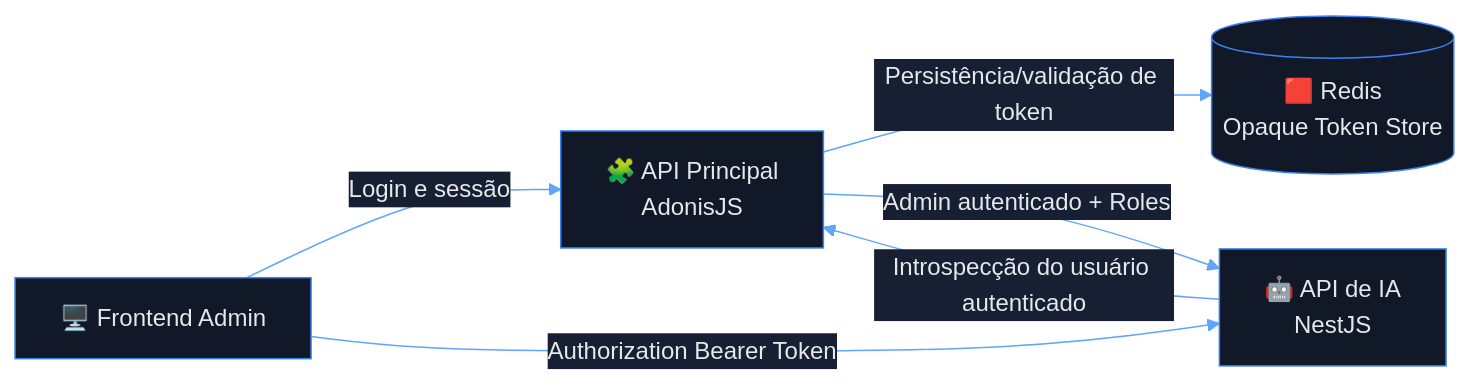
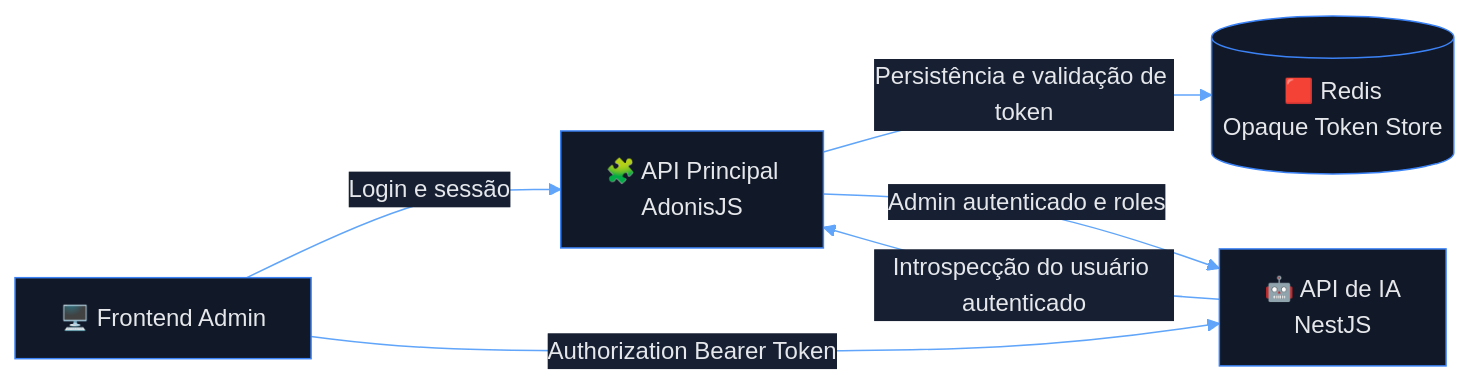
Before and after one commit to matheusdiamantino-betalent/IA: the first of 6 diagrams in RFC-0001-Auth.md, drawn with Mermaid. The commit also changed other lines of this file, not shown here.

````diff
--- a/RFC-0001-Auth.md
+++ b/RFC-0001-Auth.md
@@ -194,28 +196,28 @@
 ```mermaid
 %%{init: {
   "theme": "base",
   "themeVariables": {
     "background": "#0b1020",
     "primaryColor": "#111827",
     "primaryTextColor": "#e5e7eb",
     "primaryBorderColor": "#3b82f6",
     "lineColor": "#60a5fa",
     "secondaryColor": "#172033",
     "secondaryTextColor": "#e2e8f0",
     "tertiaryColor": "#0f172a",
     "tertiaryTextColor": "#f8fafc",
     "fontFamily": "Inter, ui-sans-serif, system-ui, sans-serif"
   }
 }}%%
 flowchart LR
     FE[🖥️ Frontend Admin]
-    AP[🧩 API Principal\nAdonisJS]
-    RD[(🟥 Redis\nOpaque Token Store)]
-    IA[🤖 API de IA\nNestJS]
+    AP[🧩 API Principal<br/>AdonisJS]
+    RD[(🟥 Redis<br/>Opaque Token Store)]
+    IA[🤖 API de IA<br/>NestJS]
 
     FE -->|Login e sessão| AP
-    AP -->|Persistência/validação de token| RD
+    AP -->|Persistência e validação de token| RD
     FE -->|Authorization Bearer Token| IA
     IA -->|Introspecção do usuário autenticado| AP
-    AP -->|Admin autenticado + Roles| IA
+    AP -->|Admin autenticado e roles| IA
 ```
````
